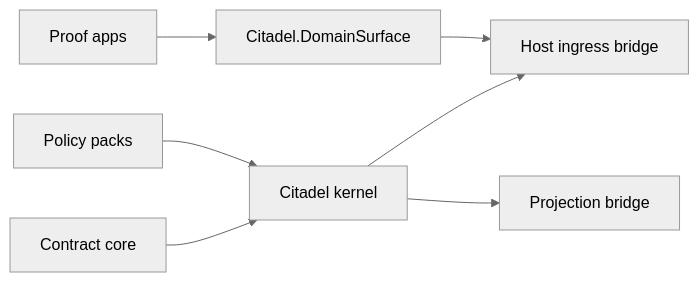
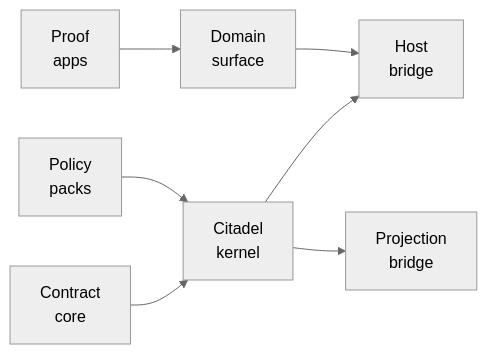
The second of 2 diagrams in README.md (nshkrdotcom/Citadel), drawn with Mermaid (neutral theme) before and after one commit. The commit also changed other lines of this file, not shown here.

Commit message:
docs: wrap README Mermaid labels

````diff
--- a/README.md
+++ b/README.md
@@ -94,9 +94,9 @@
 ```mermaid
 flowchart LR
-  Packet["Contract core"] --> Kernel["Citadel kernel"]
-  Packs["Policy packs"] --> Kernel
-  Kernel --> HostBridge["Host ingress bridge"]
-  Kernel --> Projection["Projection bridge"]
-  Domain["Citadel.DomainSurface"] --> HostBridge
-  Harness["Proof apps"] --> Domain
+  Packet["Contract<br/>core"] --> Kernel["Citadel<br/>kernel"]
+  Packs["Policy<br/>packs"] --> Kernel
+  Kernel --> HostBridge["Host<br/>bridge"]
+  Kernel --> Projection["Projection<br/>bridge"]
+  Domain["Domain<br/>surface"] --> HostBridge
+  Harness["Proof<br/>apps"] --> Domain
 ```
````
